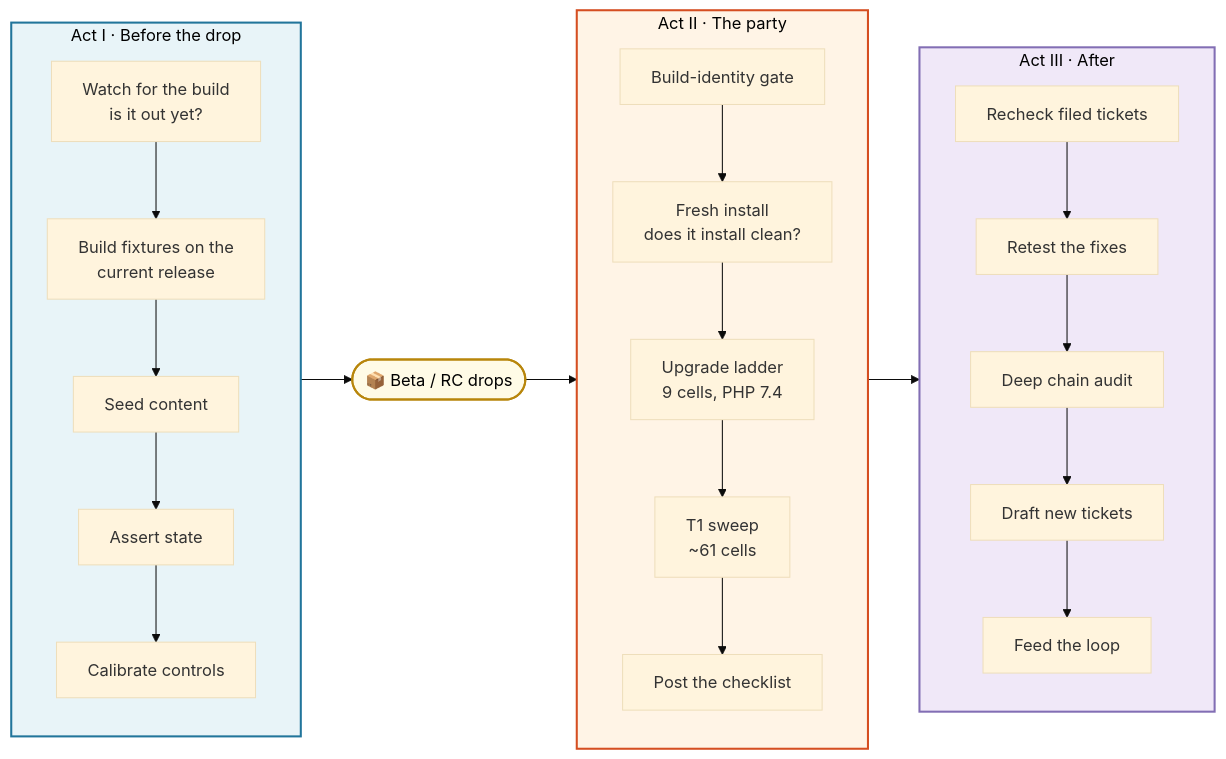
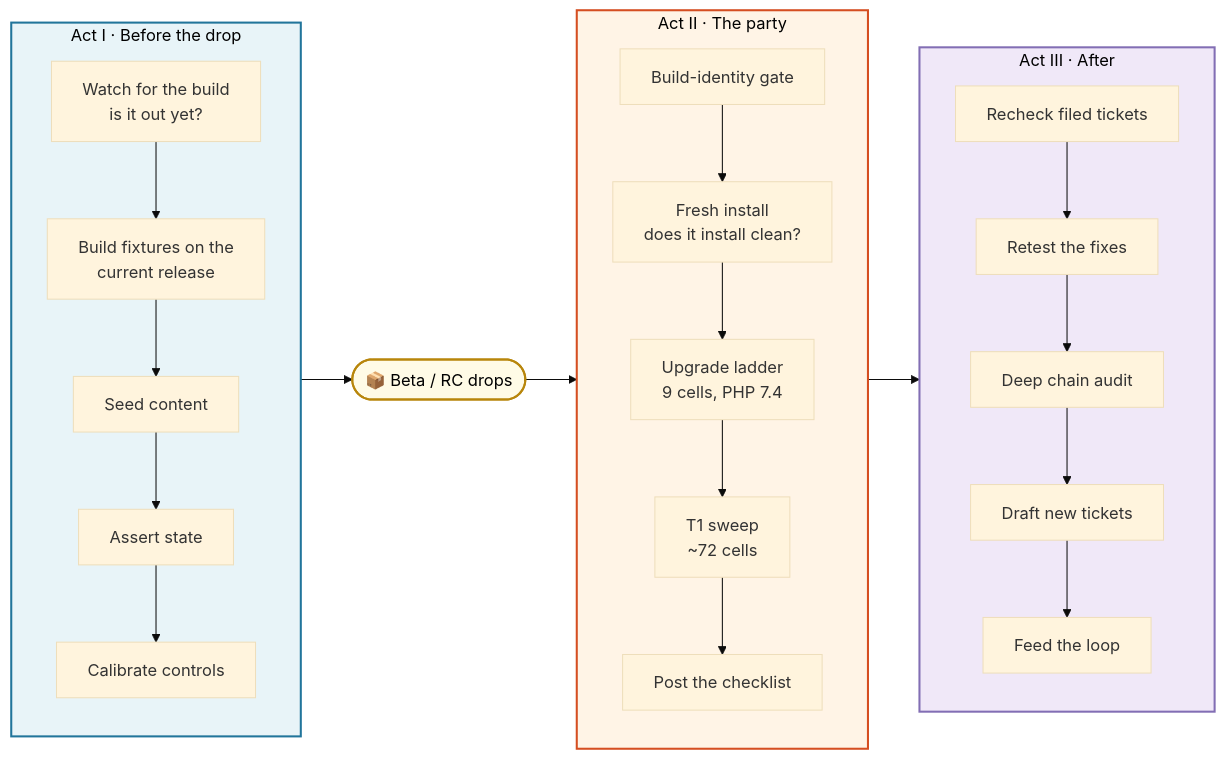
Before and after one commit to courtneyr-dev/wp-release-audit-method: the third of 5 diagrams in README.md, drawn with Mermaid (base theme). The commit also changed other lines of this file and 11 other files, not shown here.

````diff
--- a/README.md
+++ b/README.md
@@ -542,36 +542,36 @@
 ```mermaid
 flowchart LR
     subgraph ACT1["Act I · Before the drop"]
         direction TB
         A1["Watch for the build<br/>is it out yet?"] --> A2["Build fixtures on the<br/>current release"]
         A2 --> A3["Seed content"]
         A3 --> A4["Assert state"]
         A4 --> A5["Calibrate controls"]
     end
 
     DROP(["📦 Beta / RC drops"])
 
     subgraph ACT2["Act II · The party"]
         direction TB
         B1["Build-identity gate"] --> B2["Fresh install<br/>does it install clean?"]
         B2 --> B3["Upgrade ladder<br/>9 cells, PHP 7.4"]
-        B3 --> B4["T1 sweep<br/>~61 cells"]
+        B3 --> B4["T1 sweep<br/>~72 cells"]
         B4 --> B5["Post the checklist"]
     end
 
     subgraph ACT3["Act III · After"]
         direction TB
         C1["Recheck filed tickets"] --> C2["Retest the fixes"]
         C2 --> C3["Deep chain audit"]
         C3 --> C4["Draft new tickets"]
         C4 --> C5["Feed the loop"]
     end
 
     A5 --> DROP --> B1
     B5 --> C1
 
     style ACT1 fill:#e8f4f8,stroke:#21759B,stroke-width:2px,color:#000
     style DROP fill:#fffbe6,stroke:#b8860b,stroke-width:2px,color:#000
     style ACT2 fill:#fff4e6,stroke:#D54E21,stroke-width:2px,color:#000
     style ACT3 fill:#f0e8f8,stroke:#826EB4,stroke-width:2px,color:#000
 ```
````
